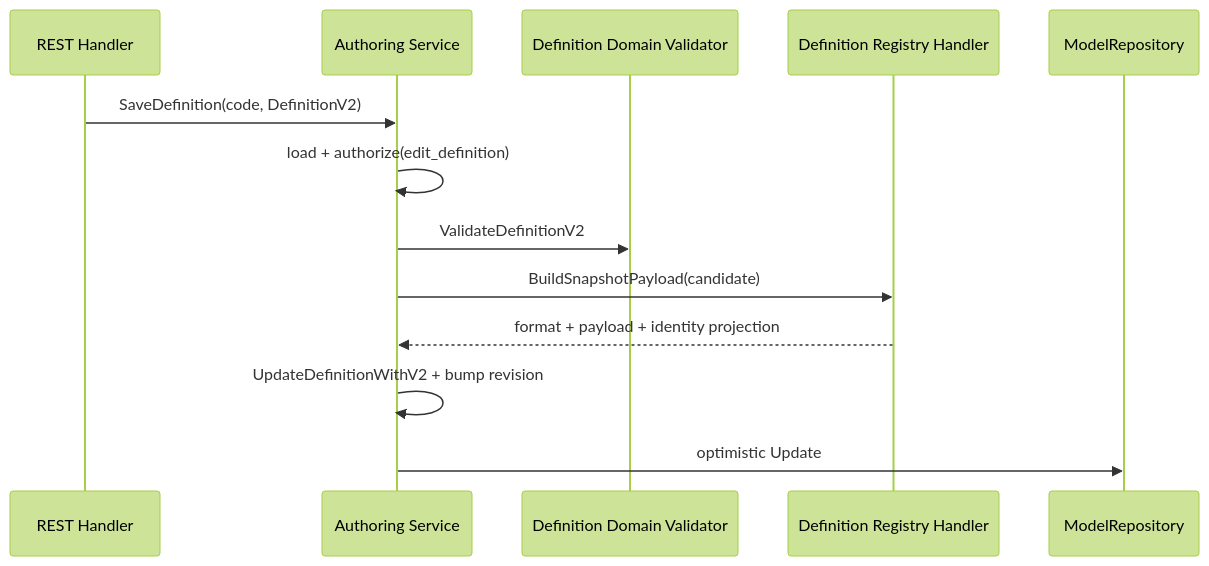
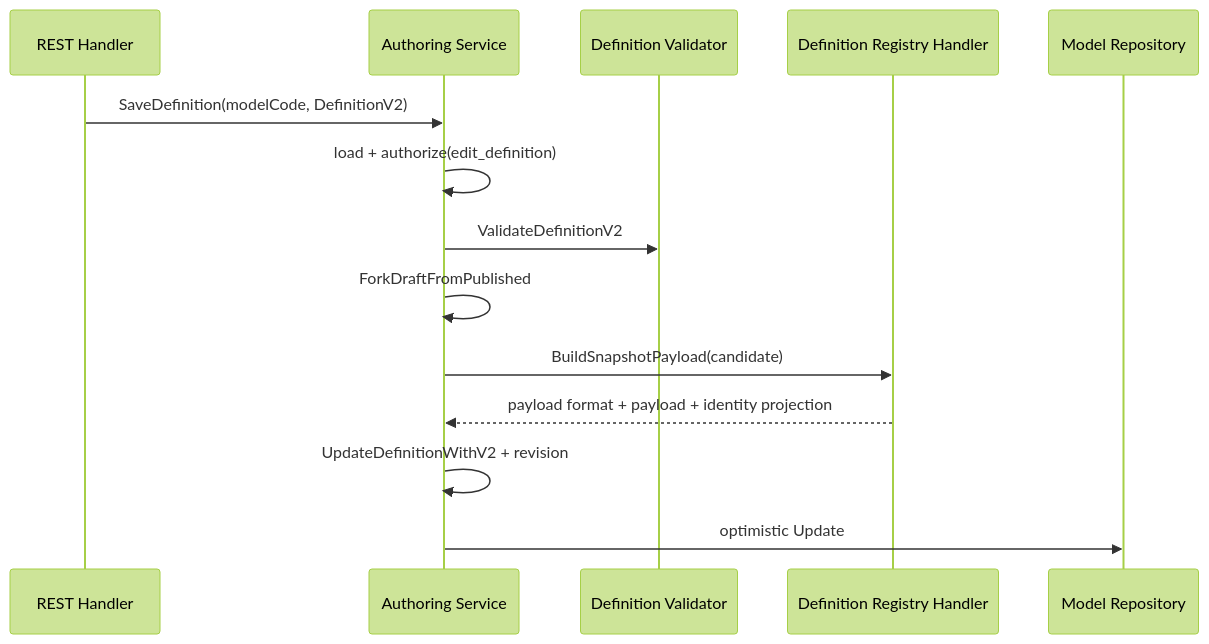
One commit to FangcunMount/qs-server changed the second of 3 diagrams in docs/02-业务模块/20-model-catalog/30-关键链路-模型创建编辑与发布.md. Above: the diagram before and after it, drawn with Mermaid (forest theme). The commit also changed other lines of this file and 14 other files, not shown here.

````diff
--- a/docs/02-业务模块/20-model-catalog/30-关键链路-模型创建编辑与发布.md
+++ b/docs/02-业务模块/20-model-catalog/30-关键链路-模型创建编辑与发布.md
@@ -95,16 +136,17 @@
 ```mermaid
 sequenceDiagram
     participant H as REST Handler
     participant A as Authoring Service
-    participant V as Definition Domain Validator
+    participant V as Definition Validator
     participant G as Definition Registry Handler
-    participant R as ModelRepository
+    participant R as Model Repository
 
-    H->>A: SaveDefinition(code, DefinitionV2)
+    H->>A: SaveDefinition(modelCode, DefinitionV2)
     A->>A: load + authorize(edit_definition)
     A->>V: ValidateDefinitionV2
+    A->>A: ForkDraftFromPublished
     A->>G: BuildSnapshotPayload(candidate)
-    G-->>A: format + payload + identity projection
-    A->>A: UpdateDefinitionWithV2 + bump revision
+    G-->>A: payload format + payload + identity projection
+    A->>A: UpdateDefinitionWithV2 + revision
     A->>R: optimistic Update
 ```
````
